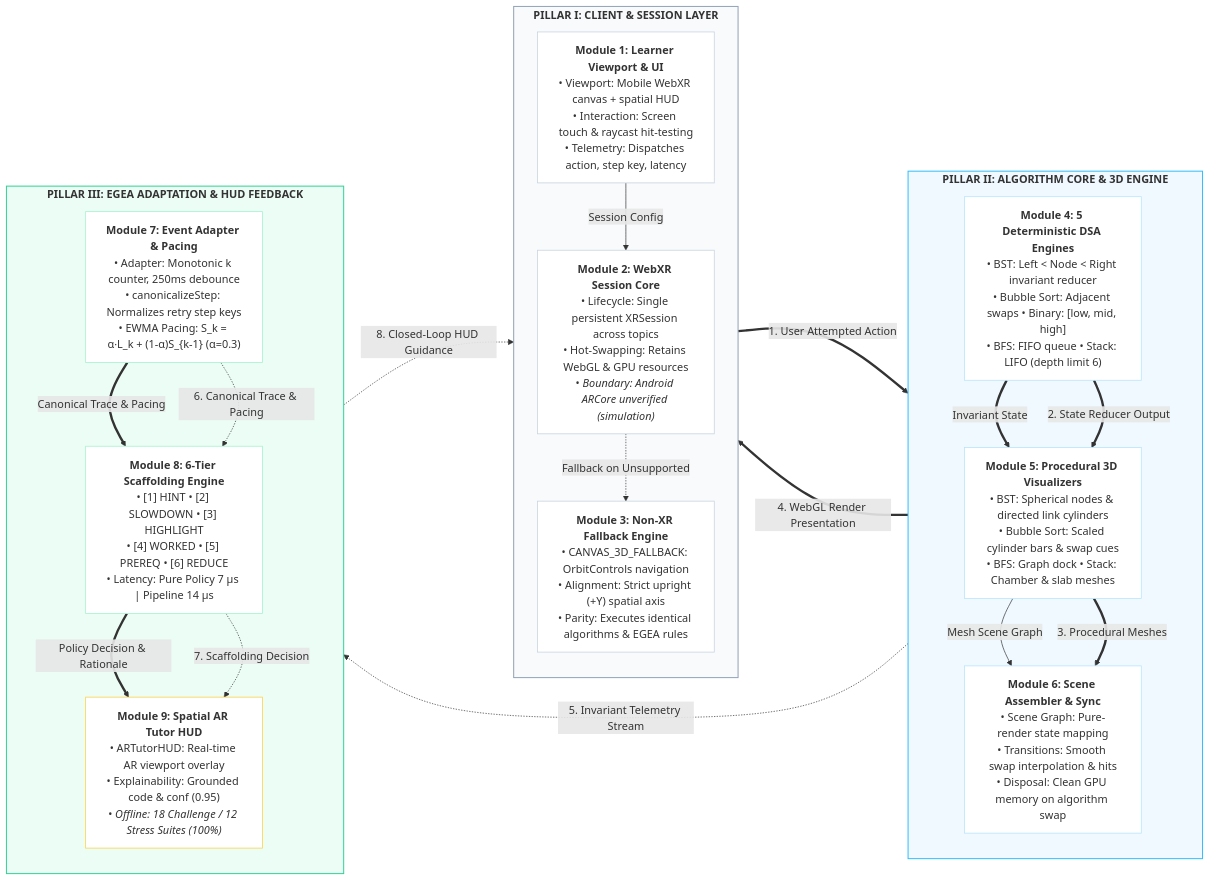
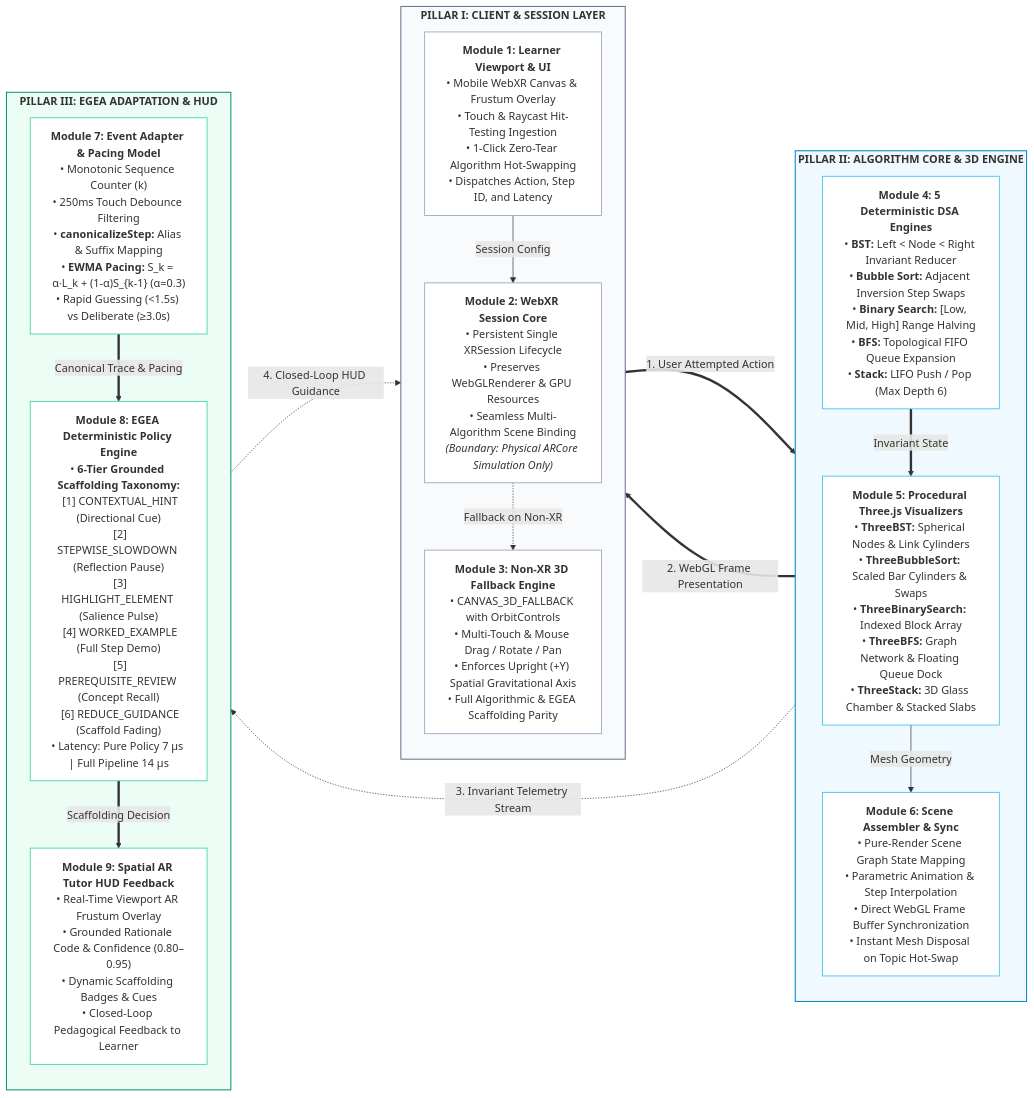
The diagram in submission/review_release/figures/fig1_system_architecture.mmd (Boomikav/ar-dsa-tutor), drawn with Mermaid before and after one commit. The commit also changed 35 other files, not shown here.

```diff
--- a/submission/review_release/figures/fig1_system_architecture.mmd
+++ b/submission/review_release/figures/fig1_system_architecture.mmd
@@ -1,76 +1,72 @@
 flowchart LR
     %% ========================================================================
     %% PILLAR I: CLIENT & SESSION LAYER
     %% ========================================================================
-    subgraph COL1 ["<b>PILLAR I: CLIENT &amp; SESSION LAYER</b>"]
+    subgraph P1 ["<b>PILLAR I: CLIENT &amp; SESSION LAYER</b>"]
         direction TB
-        M1["<b>Module 1: Learner Viewport &amp; UI</b><br/>• Viewport: Mobile WebXR canvas + spatial HUD<br/>• Interaction: Screen touch &amp; raycast hit-testing<br/>• Telemetry: Dispatches action, step key, latency"]
+        M1["<b>Module 1: Learner Viewport &amp; UI</b><br/>• Mobile WebXR Canvas &amp; Frustum Overlay<br/>• Touch &amp; Raycast Hit-Testing Ingestion<br/>• 1-Click Zero-Tear Algorithm Hot-Swapping<br/>• Dispatches Action, Step ID, and Latency"]
         
-        M2["<b>Module 2: WebXR Session Core</b><br/>• Lifecycle: Single persistent XRSession across topics<br/>• Hot-Swapping: Retains WebGL &amp; GPU resources<br/>• <i>Boundary: Android ARCore unverified (simulation)</i>"]
-        
-        M3["<b>Module 3: Non-XR Fallback Engine</b><br/>• CANVAS_3D_FALLBACK: OrbitControls navigation<br/>• Alignment: Strict upright (+Y) spatial axis<br/>• Parity: Executes identical algorithms &amp; EGEA rules"]
+        M2["<b>Module 2: WebXR Session Core</b><br/>• Persistent Single XRSession Lifecycle<br/>• Preserves WebGLRenderer &amp; GPU Resources<br/>• Seamless Multi-Algorithm Scene Binding<br/><i>(Boundary: Physical ARCore Simulation Only)</i>"]
+
+        M3["<b>Module 3: Non-XR 3D Fallback Engine</b><br/>• CANVAS_3D_FALLBACK with OrbitControls<br/>• Multi-Touch &amp; Mouse Drag / Rotate / Pan<br/>• Enforces Upright (+Y) Spatial Gravitational Axis<br/>• Full Algorithmic &amp; EGEA Scaffolding Parity"]
 
         M1 -->|Session Config| M2
-        M2 -.->|Fallback on Unsupported| M3
+        M2 -.->|Fallback on Non-XR| M3
     end
 
     %% ========================================================================
-    %% PILLAR II: ALGORITHM CORE & 3D ENGINE
+    %% PILLAR II: ALGORITHM CORE & 3D RENDERING
     %% ========================================================================
-    subgraph COL2 ["<b>PILLAR II: ALGORITHM CORE &amp; 3D ENGINE</b>"]
+    subgraph P2 ["<b>PILLAR II: ALGORITHM CORE &amp; 3D ENGINE</b>"]
         direction TB
-        M4["<b>Module 4: 5 Deterministic DSA Engines</b><br/>• BST: Left &lt; Node &lt; Right invariant reducer<br/>• Bubble Sort: Adjacent swaps • Binary: [low, mid, high]<br/>• BFS: FIFO queue • Stack: LIFO (depth limit 6)"]
+        M4["<b>Module 4: 5 Deterministic DSA Engines</b><br/>• <b>BST:</b> Left &lt; Node &lt; Right Invariant Reducer<br/>• <b>Bubble Sort:</b> Adjacent Inversion Step Swaps<br/>• <b>Binary Search:</b> [Low, Mid, High] Range Halving<br/>• <b>BFS:</b> Topological FIFO Queue Expansion<br/>• <b>Stack:</b> LIFO Push / Pop (Max Depth 6)"]
 
-        M5["<b>Module 5: Procedural 3D Visualizers</b><br/>• BST: Spherical nodes &amp; directed link cylinders<br/>• Bubble Sort: Scaled cylinder bars &amp; swap cues<br/>• BFS: Graph dock • Stack: Chamber &amp; slab meshes"]
+        M5["<b>Module 5: Procedural Three.js Visualizers</b><br/>• <b>ThreeBST:</b> Spherical Nodes &amp; Link Cylinders<br/>• <b>ThreeBubbleSort:</b> Scaled Bar Cylinders &amp; Swaps<br/>• <b>ThreeBinarySearch:</b> Indexed Block Array<br/>• <b>ThreeBFS:</b> Graph Network &amp; Floating Queue Dock<br/>• <b>ThreeStack:</b> 3D Glass Chamber &amp; Stacked Slabs"]
 
-        M6["<b>Module 6: Scene Assembler &amp; Sync</b><br/>• Scene Graph: Pure-render state mapping<br/>• Transitions: Smooth swap interpolation &amp; hits<br/>• Disposal: Clean GPU memory on algorithm swap"]
+        M6["<b>Module 6: Scene Assembler &amp; Sync</b><br/>• Pure-Render Scene Graph State Mapping<br/>• Parametric Animation &amp; Step Interpolation<br/>• Direct WebGL Frame Buffer Synchronization<br/>• Instant Mesh Disposal on Topic Hot-Swap"]
 
         M4 ==>|Invariant State| M5
-        M5 -->|Mesh Scene Graph| M6
+        M5 -->|Mesh Geometry| M6
     end
 
     %% ========================================================================
     %% PILLAR III: EGEA ADAPTATION & HUD FEEDBACK
     %% ========================================================================
-    subgraph COL3 ["<b>PILLAR III: EGEA ADAPTATION &amp; HUD FEEDBACK</b>"]
+    subgraph P3 ["<b>PILLAR III: EGEA ADAPTATION &amp; HUD</b>"]
         direction TB
-        M7["<b>Module 7: Event Adapter &amp; Pacing</b><br/>• Adapter: Monotonic k counter, 250ms debounce<br/>• canonicalizeStep: Normalizes retry step keys<br/>• EWMA Pacing: S_k = α·L_k + (1-α)S_{k-1} (α=0.3)"]
+        M7["<b>Module 7: Event Adapter &amp; Pacing Model</b><br/>• Monotonic Sequence Counter (k)<br/>• 250ms Touch Debounce Filtering<br/>• <b>canonicalizeStep:</b> Alias &amp; Suffix Mapping<br/>• <b>EWMA Pacing:</b> S_k = α·L_k + (1-α)S_{k-1} (α=0.3)<br/>• Rapid Guessing (&lt;1.5s) vs Deliberate (≥3.0s)"]
 
-        M8["<b>Module 8: 6-Tier Scaffolding Engine</b><br/>• [1] HINT • [2] SLOWDOWN • [3] HIGHLIGHT<br/>• [4] WORKED • [5] PREREQ • [6] REDUCE<br/>• Latency: Pure Policy 7 μs | Pipeline 14 μs"]
+        M8["<b>Module 8: EGEA Deterministic Policy Engine</b><br/>• <b>6-Tier Grounded Scaffolding Taxonomy:</b><br/>  [1] CONTEXTUAL_HINT (Directional Cue)<br/>  [2] STEPWISE_SLOWDOWN (Reflection Pause)<br/>  [3] HIGHLIGHT_ELEMENT (Salience Pulse)<br/>  [4] WORKED_EXAMPLE (Full Step Demo)<br/>  [5] PREREQUISITE_REVIEW (Concept Recall)<br/>  [6] REDUCE_GUIDANCE (Scaffold Fading)<br/>• Latency: Pure Policy 7 μs | Full Pipeline 14 μs"]
 
-        M9["<b>Module 9: Spatial AR Tutor HUD</b><br/>• ARTutorHUD: Real-time AR viewport overlay<br/>• Explainability: Grounded code &amp; conf (0.95)<br/>• <i>Offline: 18 Challenge / 12 Stress Suites (100%)</i>"]
+        M9["<b>Module 9: Spatial AR Tutor HUD Feedback</b><br/>• Real-Time Viewport AR Frustum Overlay<br/>• Grounded Rationale Code &amp; Confidence (0.80–0.95)<br/>• Dynamic Scaffolding Badges &amp; Cues<br/>• Closed-Loop Pedagogical Feedback to Learner"]
 
         M7 ==>|Canonical Trace &amp; Pacing| M8
-        M8 ==>|Policy Decision &amp; Rationale| M9
+        M8 ==>|Scaffolding Decision| M9
     end
 
     %% ========================================================================
-    %% NUMBERED DATAFLOW CONNECTIONS
+    %% INTER-MODULE CROSS-COLUMN DATAFLOWS
     %% ========================================================================
     M1 ==>|1. User Attempted Action| M4
-    M4 ==>|2. State Reducer Output| M5
-    M5 ==>|3. Procedural Meshes| M6
-    M6 ==>|4. WebGL Render Presentation| M1
-    M4 -.->|5. Invariant Telemetry Stream| M7
-    M7 -.->|6. Canonical Trace &amp; Pacing| M8
-    M8 -.->|7. Scaffolding Decision| M9
-    M9 -.->|8. Closed-Loop HUD Guidance| M1
+    M6 ==>|2. WebGL Frame Presentation| M1
+    M4 -.->|3. Invariant Telemetry Stream| M7
+    M9 -.->|4. Closed-Loop HUD Guidance| M1
 
-    %% Styling
-    classDef col1Style fill:#f8fafc,stroke:#94a3b8,stroke-width:1.5px;
-    classDef col2Style fill:#f0f9ff,stroke:#38bdf8,stroke-width:1.5px;
-    classDef col3Style fill:#ecfdf5,stroke:#34d399,stroke-width:1.5px;
-    
-    classDef mod1Style fill:#ffffff,stroke:#cbd5e1,stroke-width:1.2px;
-    classDef mod2Style fill:#ffffff,stroke:#bae6fd,stroke-width:1.2px;
-    classDef mod3Style fill:#ffffff,stroke:#a7f3d0,stroke-width:1.2px;
-    classDef hudStyle fill:#ffffff,stroke:#fcd34d,stroke-width:1.2px;
+    %% ========================================================================
+    %% RESTRAINED SCIENTIFIC STYLING (MATCHING REFERENCE A)
+    %% ========================================================================
+    classDef clientCol fill:#f8fafc,stroke:#64748b,stroke-width:1.5px;
+    classDef engineCol fill:#f0f9ff,stroke:#0284c7,stroke-width:1.5px;
+    classDef egeaCol fill:#ecfdf5,stroke:#059669,stroke-width:1.5px;
 
-    class COL1 col1Style;
-    class COL2 col2Style;
-    class COL3 col3Style;
+    classDef card1 fill:#ffffff,stroke:#94a3b8,stroke-width:1.2px;
+    classDef card2 fill:#ffffff,stroke:#38bdf8,stroke-width:1.2px;
+    classDef card3 fill:#ffffff,stroke:#34d399,stroke-width:1.2px;
 
-    class M1,M2,M3 mod1Style;
-    class M4,M5,M6 mod2Style;
-    class M7,M8 mod3Style;
-    class M9 hudStyle;
+    class P1 clientCol;
+    class P2 engineCol;
+    class P3 egeaCol;
+
+    class M1,M2,M3 card1;
+    class M4,M5,M6 card2;
+    class M7,M8,M9 card3;
```
